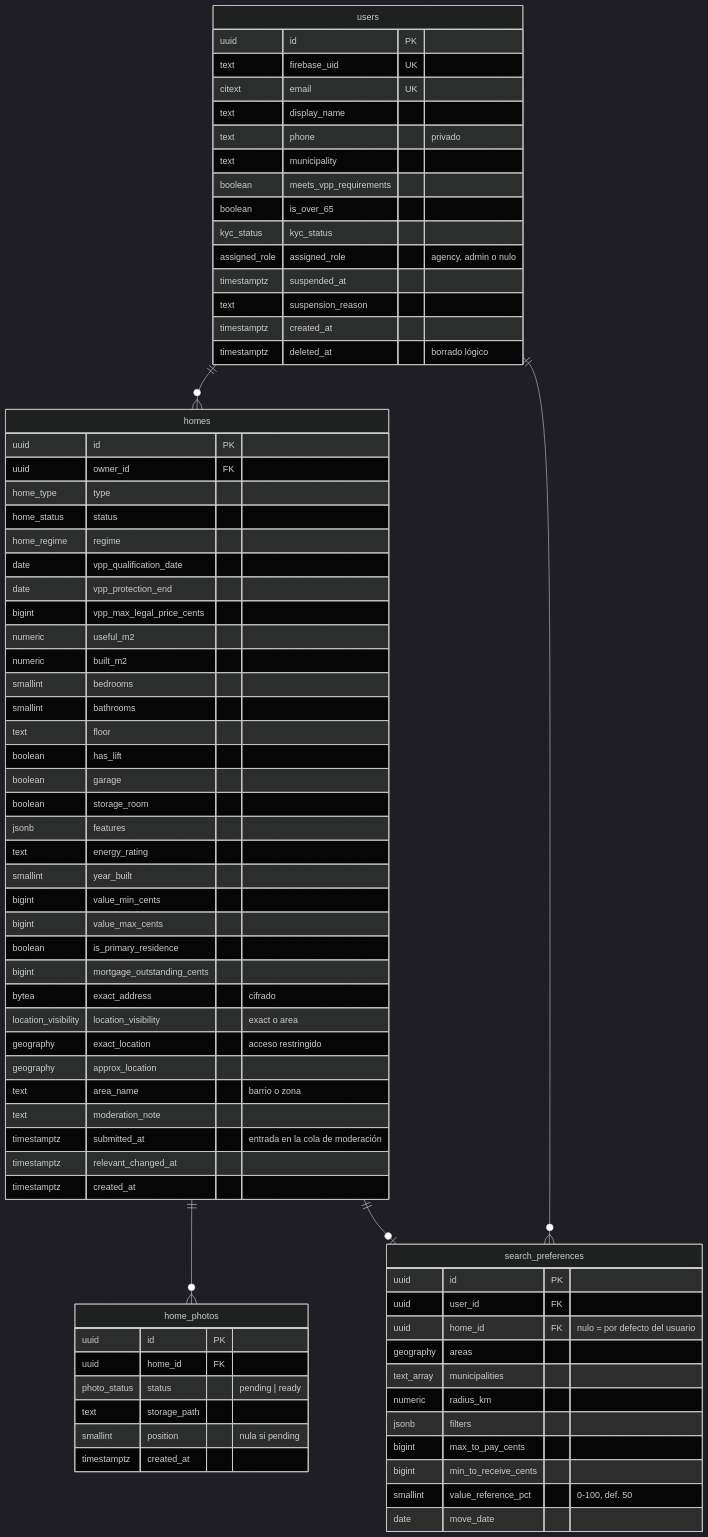
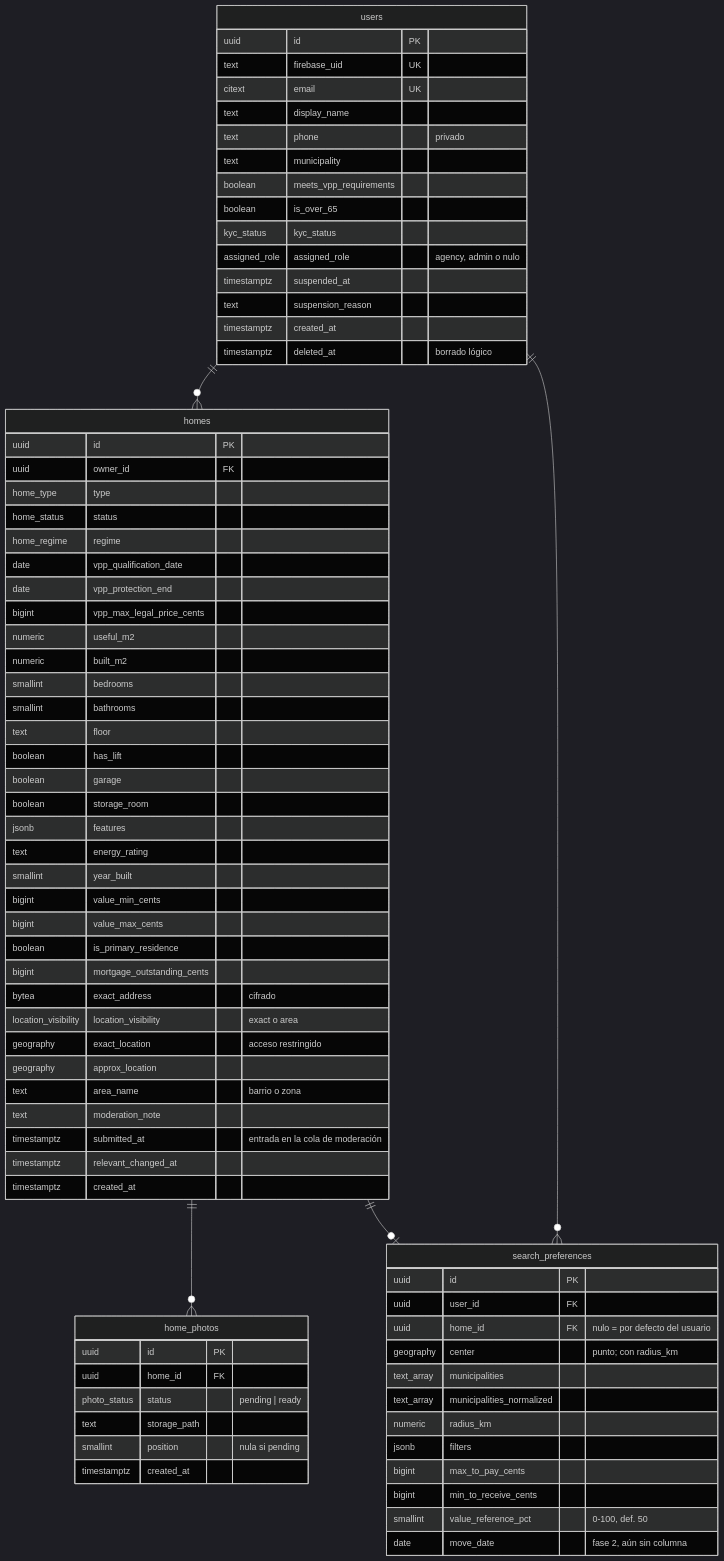
The second of 4 diagrams in docs/datamodel.md (lcasadov/ChangeHouse), drawn with Mermaid (dark theme) before and after one commit. The commit also changed other lines of this file and 32 other files, not shown here.

````diff
--- a/docs/datamodel.md
+++ b/docs/datamodel.md
@@ -44,78 +44,79 @@
 ```mermaid
 erDiagram
     users {
         uuid id PK
         text firebase_uid UK
         citext email UK
         text display_name
         text phone "privado"
         text municipality
         boolean meets_vpp_requirements
         boolean is_over_65
         kyc_status kyc_status
         assigned_role assigned_role "agency, admin o nulo"
         timestamptz suspended_at
         text suspension_reason
         timestamptz created_at
         timestamptz deleted_at "borrado lógico"
     }
     homes {
         uuid id PK
         uuid owner_id FK
         home_type type
         home_status status
         home_regime regime
         date vpp_qualification_date
         date vpp_protection_end
         bigint vpp_max_legal_price_cents
         numeric useful_m2
         numeric built_m2
         smallint bedrooms
         smallint bathrooms
         text floor
         boolean has_lift
         boolean garage
         boolean storage_room
         jsonb features
         text energy_rating
         smallint year_built
         bigint value_min_cents
         bigint value_max_cents
         boolean is_primary_residence
         bigint mortgage_outstanding_cents
         bytea exact_address "cifrado"
         location_visibility location_visibility "exact o area"
         geography exact_location "acceso restringido"
         geography approx_location
         text area_name "barrio o zona"
         text moderation_note
         timestamptz submitted_at "entrada en la cola de moderación"
         timestamptz relevant_changed_at
         timestamptz created_at
     }
     home_photos {
         uuid id PK
         uuid home_id FK
         photo_status status "pending | ready"
         text storage_path
         smallint position "nula si pending"
         timestamptz created_at
     }
     search_preferences {
         uuid id PK
         uuid user_id FK
         uuid home_id FK "nulo = por defecto del usuario"
-        geography areas
+        geography center "punto; con radius_km"
         text_array municipalities
+        text_array municipalities_normalized
         numeric radius_km
         jsonb filters
         bigint max_to_pay_cents
         bigint min_to_receive_cents
         smallint value_reference_pct "0-100, def. 50"
-        date move_date
+        date move_date "fase 2, aún sin columna"
     }
     users ||--o{ homes : ""
     homes ||--o{ home_photos : ""
     users ||--o{ search_preferences : ""
     homes ||--o| search_preferences : ""
 ```
````
